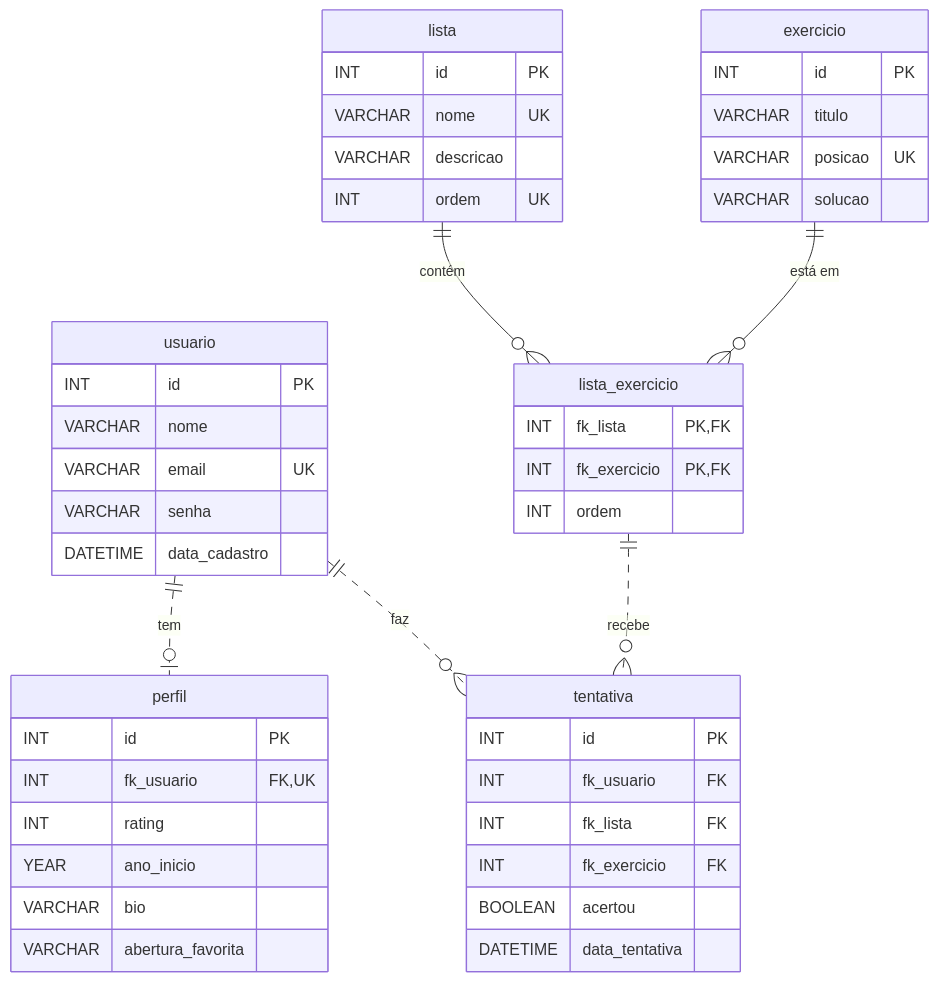
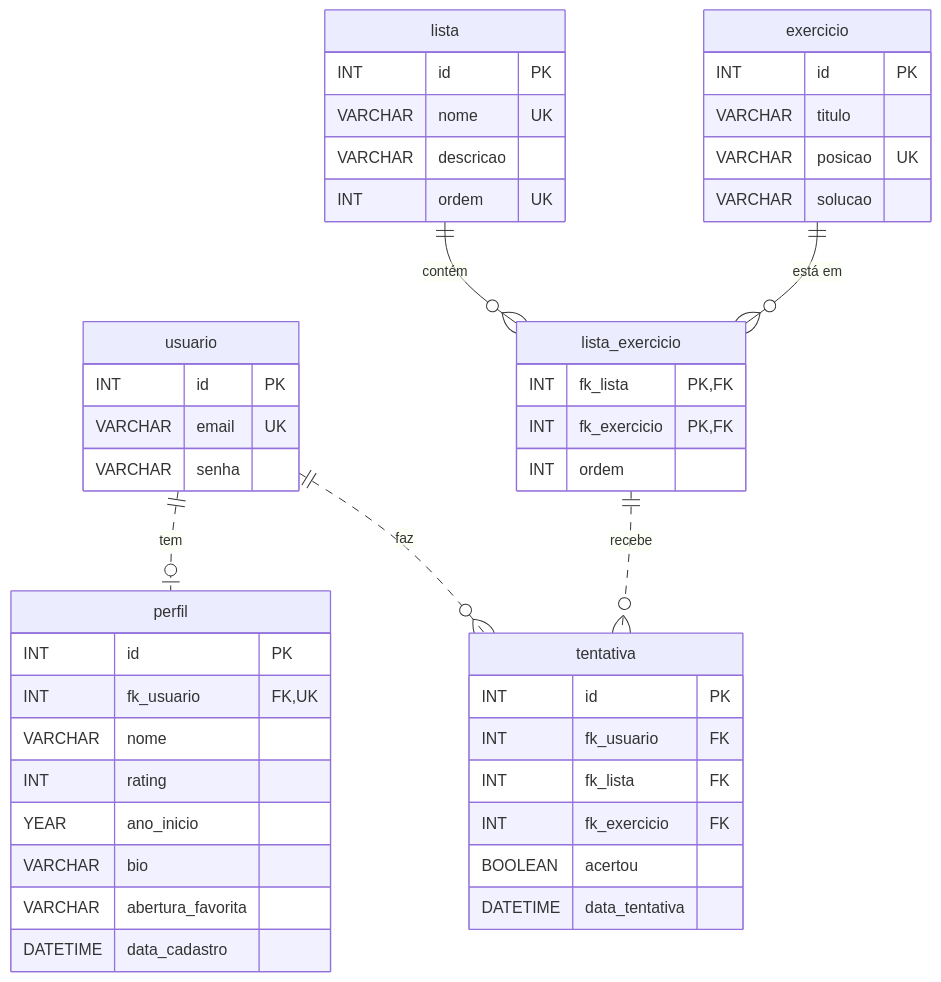
The diagram in .docs/03-database.md (igor-fuchs01/chess-life), drawn with Mermaid before and after one commit. The commit also changed other lines of this file and 4 other files, not shown here.

````diff
--- a/.docs/03-database.md
+++ b/.docs/03-database.md
@@ -52,49 +52,49 @@
 ```mermaid
 erDiagram
     usuario ||..o| perfil : "tem"
     lista ||--o{ lista_exercicio : "contém"
     exercicio ||--o{ lista_exercicio : "está em"
     usuario ||..o{ tentativa : "faz"
     lista_exercicio ||..o{ tentativa : "recebe"
 
     usuario {
         INT id PK
-        VARCHAR nome
         VARCHAR email UK
         VARCHAR senha
-        DATETIME data_cadastro
     }
     perfil {
         INT id PK
         INT fk_usuario FK, UK
+        VARCHAR nome
         INT rating
         YEAR ano_inicio
         VARCHAR bio
         VARCHAR abertura_favorita
+        DATETIME data_cadastro
     }
     lista {
         INT id PK
         VARCHAR nome UK
         VARCHAR descricao
         INT ordem UK
     }
     exercicio {
         INT id PK
         VARCHAR titulo
         VARCHAR posicao UK
         VARCHAR solucao
     }
     lista_exercicio {
         INT fk_lista PK, FK
         INT fk_exercicio PK, FK
         INT ordem
     }
     tentativa {
         INT id PK
         INT fk_usuario FK
         INT fk_lista FK
         INT fk_exercicio FK
         BOOLEAN acertou
         DATETIME data_tentativa
     }
 ```
````
